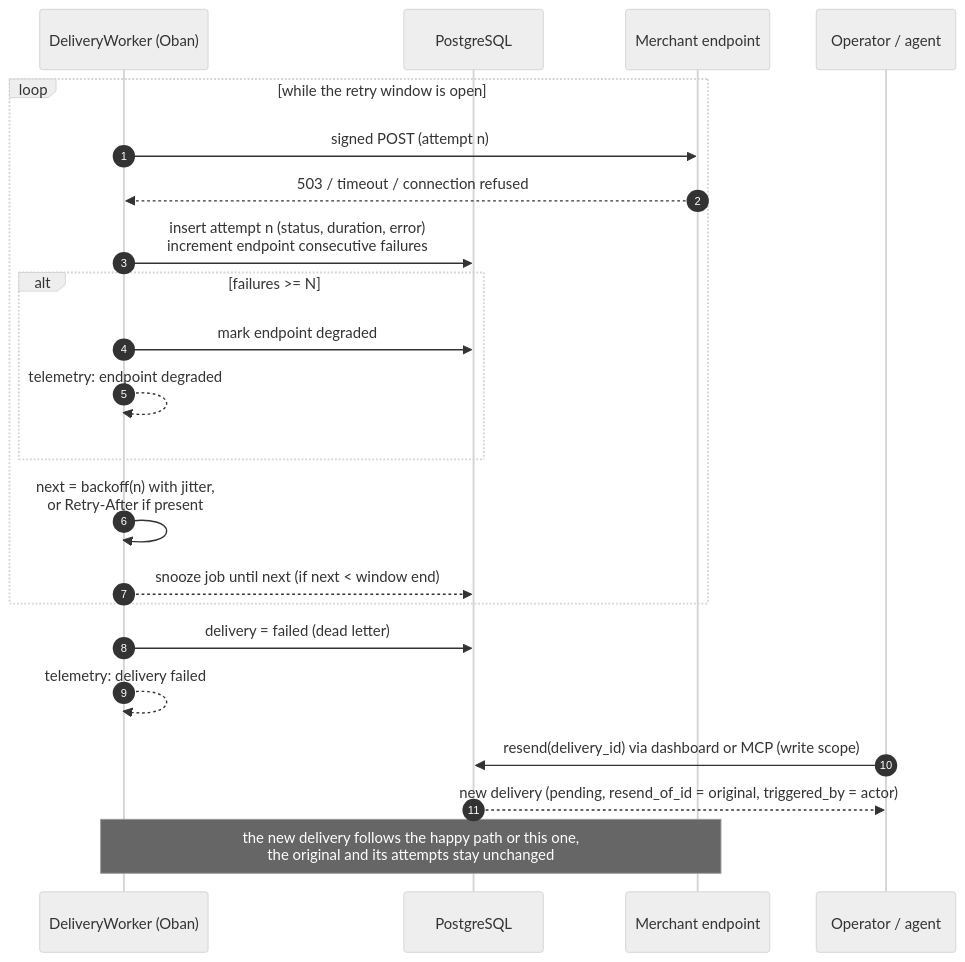
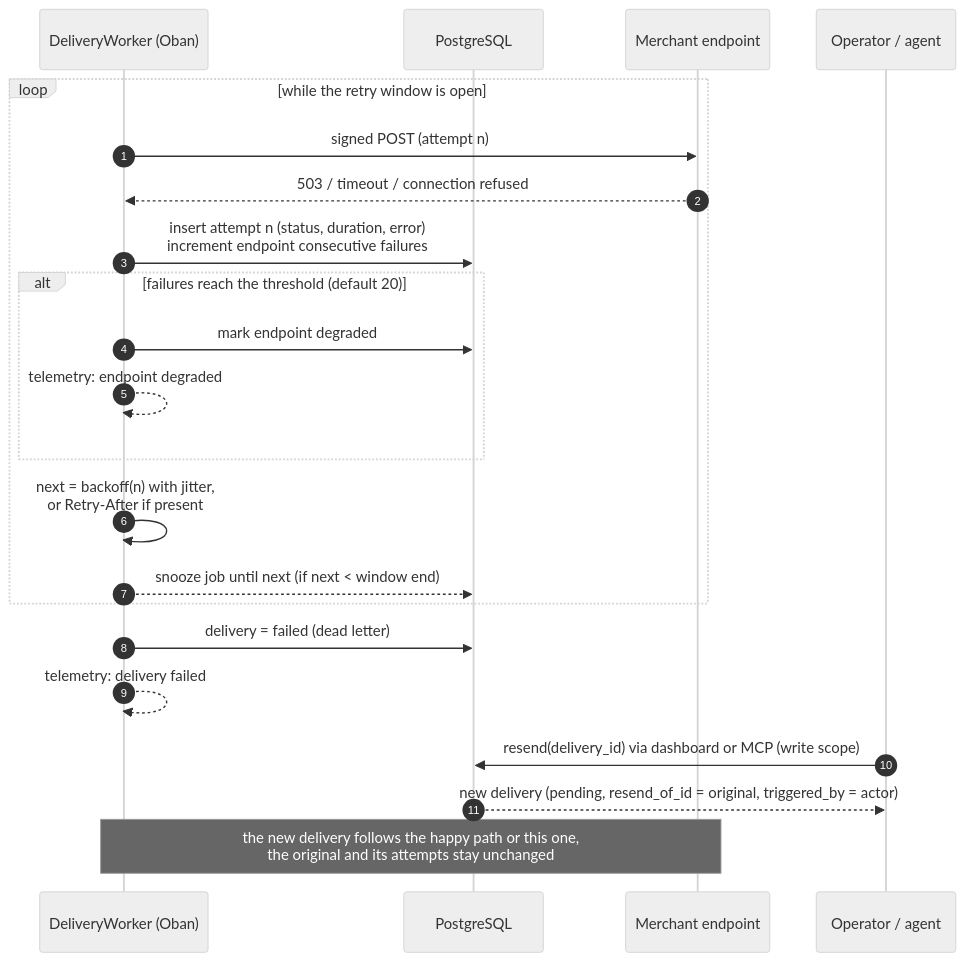
Before and after one commit to fabianskier/courier: the fifth of 6 diagrams in docs/architecture.md, drawn with Mermaid (neutral theme). The commit also changed other lines of this file and 3 other files, not shown here.

````diff
--- a/docs/architecture.md
+++ b/docs/architecture.md
@@ -137,26 +137,26 @@
 ```mermaid
 sequenceDiagram
     autonumber
     participant W as DeliveryWorker (Oban)
     participant DB as PostgreSQL
     participant M as Merchant endpoint
     participant O as Operator / agent
 
     loop while the retry window is open
         W->>M: signed POST (attempt n)
         M-->>W: 503 / timeout / connection refused
         W->>DB: insert attempt n (status, duration, error)<br/>increment endpoint consecutive failures
-        alt failures >= N
+        alt failures reach the threshold (default 20)
             W->>DB: mark endpoint degraded
             W-->>W: telemetry: endpoint degraded
         end
         W->>W: next = backoff(n) with jitter,<br/>or Retry-After if present
         W-->>DB: snooze job until next (if next < window end)
     end
     W->>DB: delivery = failed (dead letter)
     W-->>W: telemetry: delivery failed
 
     O->>DB: resend(delivery_id) via dashboard or MCP (write scope)
     DB-->>O: new delivery (pending, resend_of_id = original, triggered_by = actor)
     Note over W,M: the new delivery follows the happy path or this one,<br/>the original and its attempts stay unchanged
 ```
````
